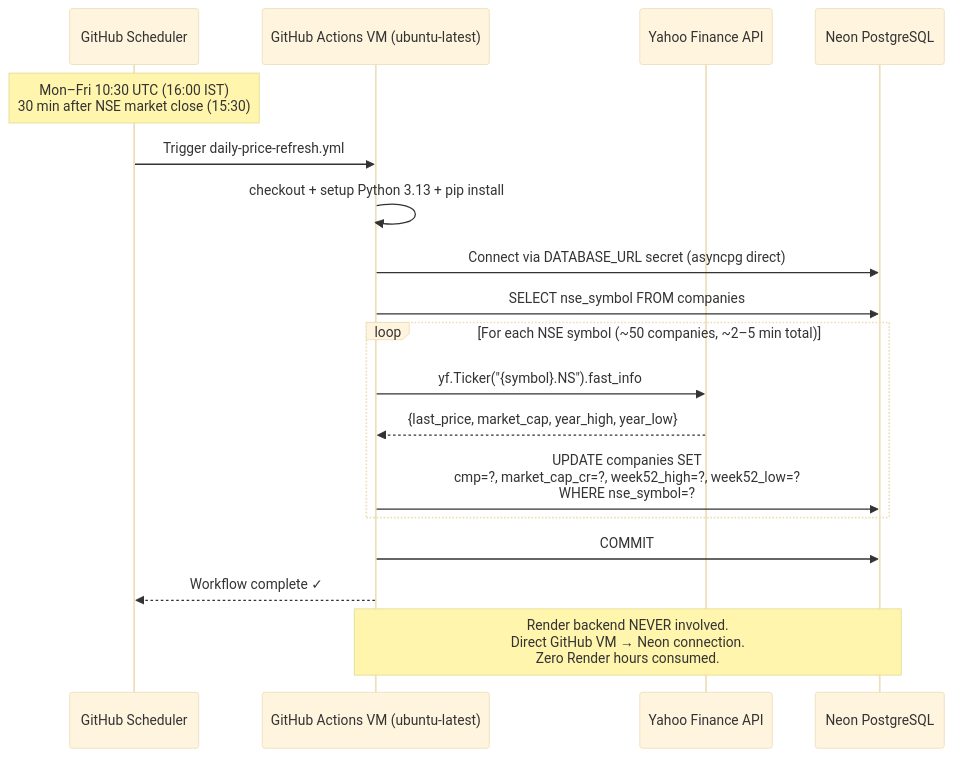
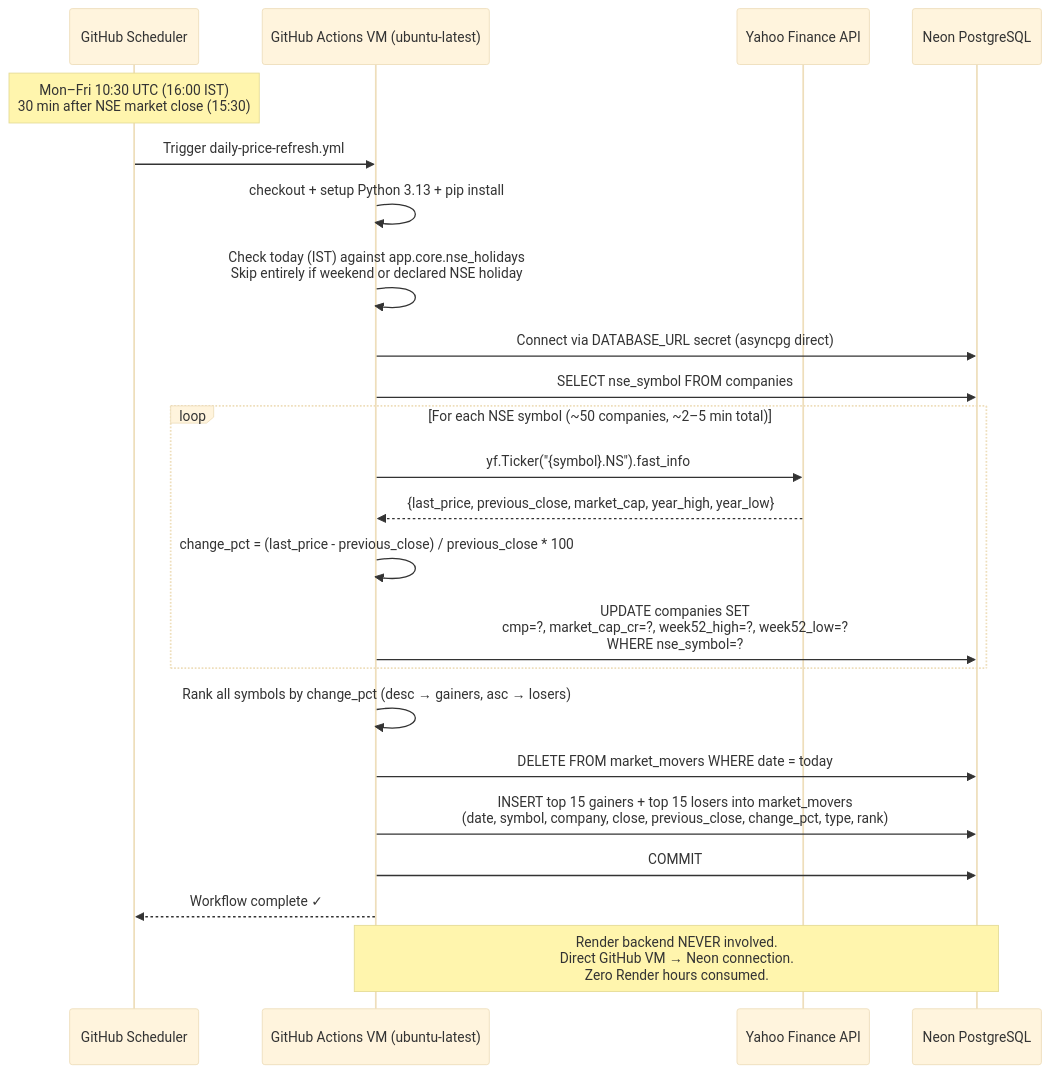
One commit to intaazansari/indian_stock_ai changed the tenth of 14 diagrams in docs/SDD.md. Above: the diagram before and after it, drawn with Mermaid (base theme). The commit also changed other lines of this file and 12 other files, not shown here.

First line of the commit message:
feat: add daily Top Gainers/Losers to Dashboard + NSE holiday skip

````diff
--- a/docs/SDD.md
+++ b/docs/SDD.md
@@ -544,25 +544,31 @@
 ```mermaid
 sequenceDiagram
     participant GH as GitHub Scheduler
     participant VM as GitHub Actions VM (ubuntu-latest)
     participant YF as Yahoo Finance API
     participant DB as Neon PostgreSQL
 
     Note over GH: Mon–Fri 10:30 UTC (16:00 IST)<br/>30 min after NSE market close (15:30)
 
     GH->>VM: Trigger daily-price-refresh.yml
     VM->>VM: checkout + setup Python 3.13 + pip install
+    VM->>VM: Check today (IST) against app.core.nse_holidays<br/>Skip entirely if weekend or declared NSE holiday
     VM->>DB: Connect via DATABASE_URL secret (asyncpg direct)
     VM->>DB: SELECT nse_symbol FROM companies
 
     loop For each NSE symbol (~50 companies, ~2–5 min total)
         VM->>YF: yf.Ticker("{symbol}.NS").fast_info
-        YF-->>VM: {last_price, market_cap, year_high, year_low}
+        YF-->>VM: {last_price, previous_close, market_cap, year_high, year_low}
+        VM->>VM: change_pct = (last_price - previous_close) / previous_close * 100
         VM->>DB: UPDATE companies SET<br/>cmp=?, market_cap_cr=?, week52_high=?, week52_low=?<br/>WHERE nse_symbol=?
     end
+
+    VM->>VM: Rank all symbols by change_pct (desc → gainers, asc → losers)
+    VM->>DB: DELETE FROM market_movers WHERE date = today
+    VM->>DB: INSERT top 15 gainers + top 15 losers into market_movers<br/>(date, symbol, company, close, previous_close, change_pct, type, rank)
 
     VM->>DB: COMMIT
     VM-->>GH: Workflow complete ✓
 
     Note over VM,DB: Render backend NEVER involved.<br/>Direct GitHub VM → Neon connection.<br/>Zero Render hours consumed.
 ```
````
